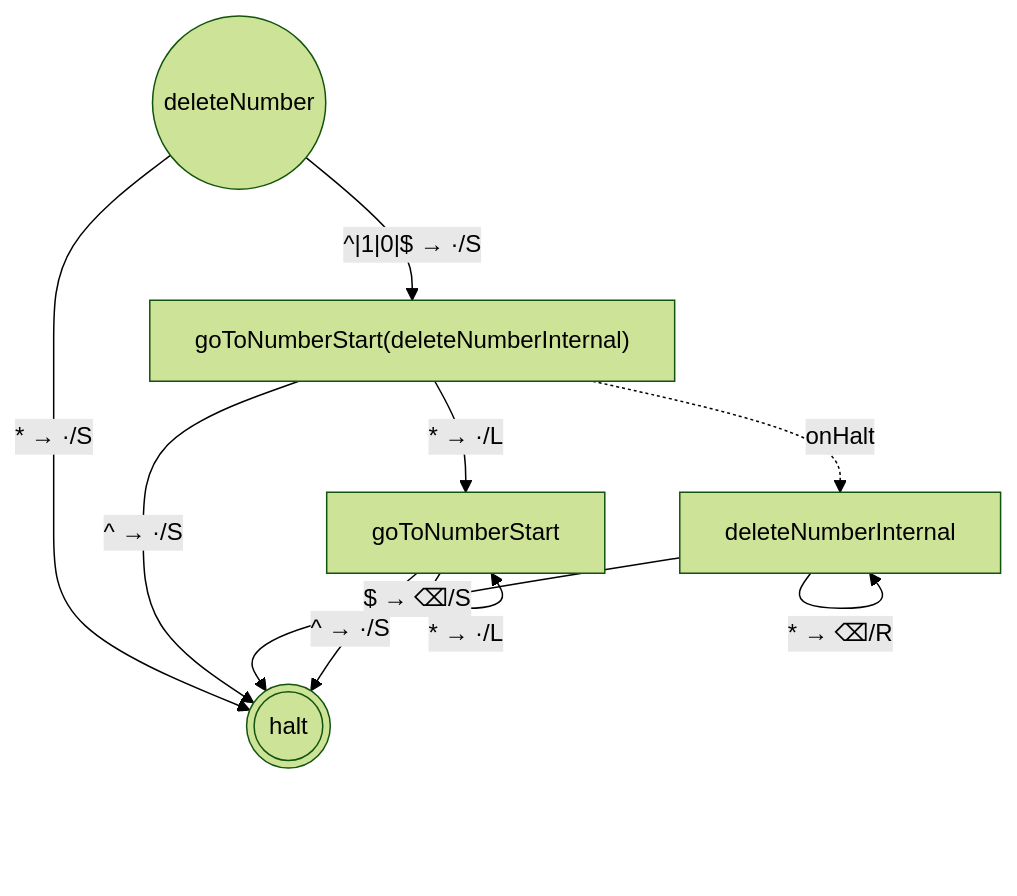
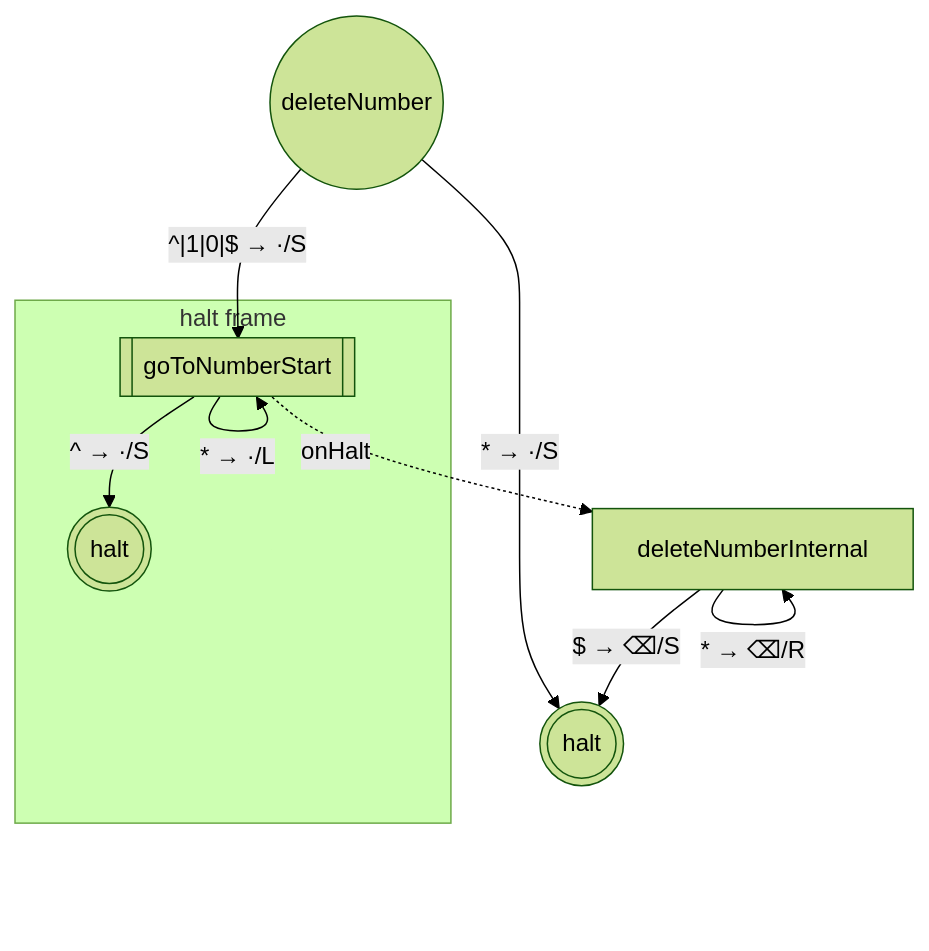
One commit to mellonis/turing-machine-js changed the fourth of 10 diagrams in packages/library-binary-numbers/states.md. Above: the diagram before and after it, drawn with Mermaid (forest theme). The commit also changed other lines of this file and 10 other files, not shown here.

First line of the commit message:
feat!: cleaner `toMermaid` emit for wrapped states (closes #138, closes #139)

````diff
--- a/packages/library-binary-numbers/states.md
+++ b/packages/library-binary-numbers/states.md
@@ -50,18 +50,18 @@
 ```mermaid
 flowchart TD
 %% alphabets: [[" ","^","$","0","1"]]
   s0(((halt)))
-  s5["goToNumberStart"]
   s6["deleteNumberInternal"]
-  s7["goToNumberStart(deleteNumberInternal)"]
   s8(("deleteNumber"))
-  s5 -- "^ → ·/S" --> s0
-  s5 -- "* → ·/L" --> s5
+  subgraph w_7["halt frame"]
+    s7[["goToNumberStart"]]
+    c7(((halt)))
+  end
   s6 -- "$ → ⌫/S" --> s0
   s6 -- "* → ⌫/R" --> s6
-  s7 -- "^ → ·/S" --> s0
-  s7 -- "* → ·/L" --> s5
+  s7 -- "^ → ·/S" --> c7
+  s7 -- "* → ·/L" --> s7
   s7 -. onHalt .-> s6
   s8 -- "^|1|0|$ → ·/S" --> s7
   s8 -- "* → ·/S" --> s0
 ```
````
